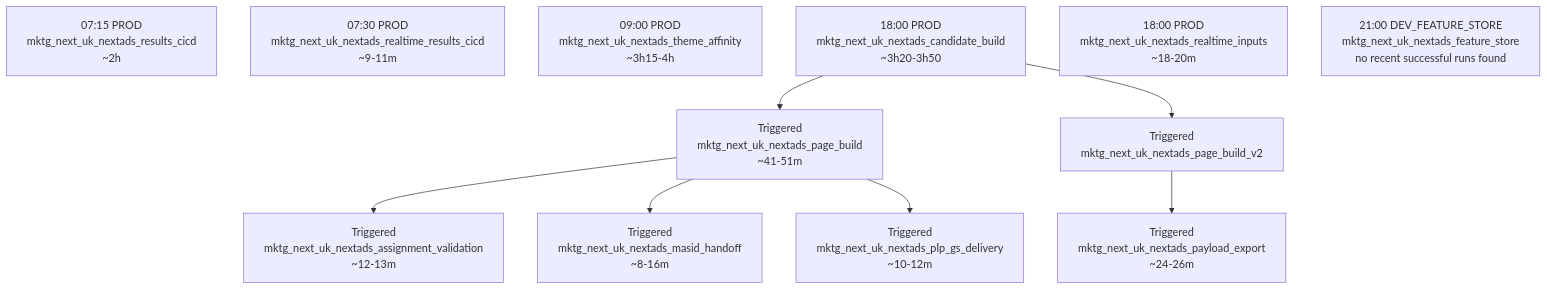
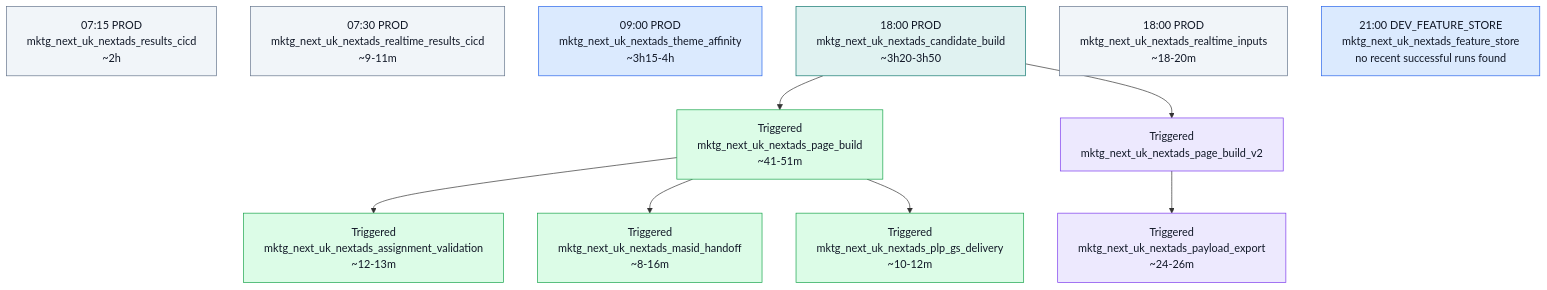
Before and after one commit to swblain-glyndwr/personal_project: the first of 8 diagrams in docs/CICD/nextads_databricks_runtime_map.md, drawn with Mermaid. The commit also changed other lines of this file and 1 other file, not shown here.

````diff
--- a/docs/CICD/nextads_databricks_runtime_map.md
+++ b/docs/CICD/nextads_databricks_runtime_map.md
@@ -19,22 +19,28 @@
 ```mermaid
 flowchart TD
-  results["07:15 PROD\nmktg_next_uk_nextads_results_cicd\n~2h"]
-  realtime_results["07:30 PROD\nmktg_next_uk_nextads_realtime_results_cicd\n~9-11m"]
-  theme_affinity["09:00 PROD\nmktg_next_uk_nextads_theme_affinity\n~3h15-4h"]
-  candidate["18:00 PROD\nmktg_next_uk_nextads_candidate_build\n~3h20-3h50"]
-  realtime_inputs["18:00 PROD\nmktg_next_uk_nextads_realtime_inputs\n~18-20m"]
-  page_build["Triggered\nmktg_next_uk_nextads_page_build\n~41-51m"]
-  page_build_v2["Triggered\nmktg_next_uk_nextads_page_build_v2"]
-  qa["Triggered\nmktg_next_uk_nextads_assignment_validation\n~12-13m"]
-  masid["Triggered\nmktg_next_uk_nextads_masid_handoff\n~8-16m"]
-  payload["Triggered\nmktg_next_uk_nextads_payload_export\n~24-26m"]
-  plp["Triggered\nmktg_next_uk_nextads_plp_gs_delivery\n~10-12m"]
-  feature_store["21:00 DEV_FEATURE_STORE\nmktg_next_uk_nextads_feature_store\nno recent successful runs found"]
+  classDef sharedModel fill:#dbeafe,stroke:#2563eb,color:#111827
+  classDef sharedTask fill:#e0f2f1,stroke:#0f766e,color:#111827
+  classDef v1 fill:#dcfce7,stroke:#16a34a,color:#111827
+  classDef v2 fill:#ede9fe,stroke:#7c3aed,color:#111827
+  classDef reporting fill:#f1f5f9,stroke:#64748b,color:#111827
+
+  results["07:15 PROD\nmktg_next_uk_nextads_results_cicd\n~2h"]:::reporting
+  realtime_results["07:30 PROD\nmktg_next_uk_nextads_realtime_results_cicd\n~9-11m"]:::reporting
+  theme_affinity["09:00 PROD\nmktg_next_uk_nextads_theme_affinity\n~3h15-4h"]:::sharedModel
+  candidate["18:00 PROD\nmktg_next_uk_nextads_candidate_build\n~3h20-3h50"]:::sharedTask
+  realtime_inputs["18:00 PROD\nmktg_next_uk_nextads_realtime_inputs\n~18-20m"]:::reporting
+  page_build["Triggered\nmktg_next_uk_nextads_page_build\n~41-51m"]:::v1
+  page_build_v2["Triggered\nmktg_next_uk_nextads_page_build_v2"]:::v2
+  qa["Triggered\nmktg_next_uk_nextads_assignment_validation\n~12-13m"]:::v1
+  masid["Triggered\nmktg_next_uk_nextads_masid_handoff\n~8-16m"]:::v1
+  payload["Triggered\nmktg_next_uk_nextads_payload_export\n~24-26m"]:::v2
+  plp["Triggered\nmktg_next_uk_nextads_plp_gs_delivery\n~10-12m"]:::v1
+  feature_store["21:00 DEV_FEATURE_STORE\nmktg_next_uk_nextads_feature_store\nno recent successful runs found"]:::sharedModel
 
   candidate --> page_build
   candidate --> page_build_v2
   page_build --> qa
   page_build --> masid
   page_build --> plp
   page_build_v2 --> payload
 ```
````
